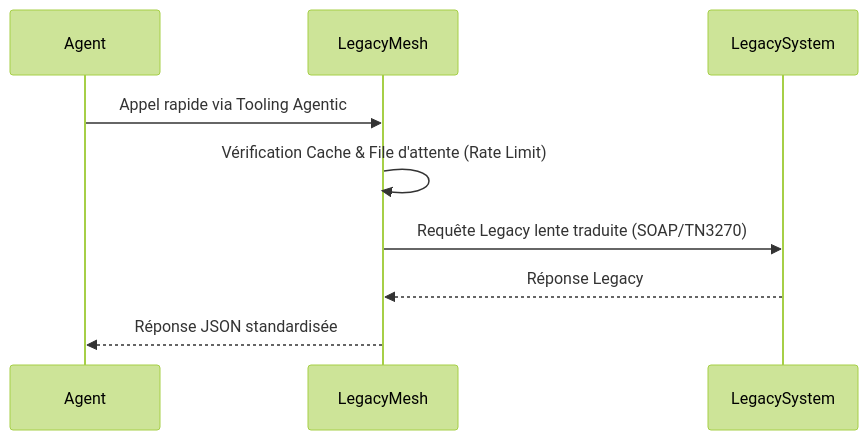
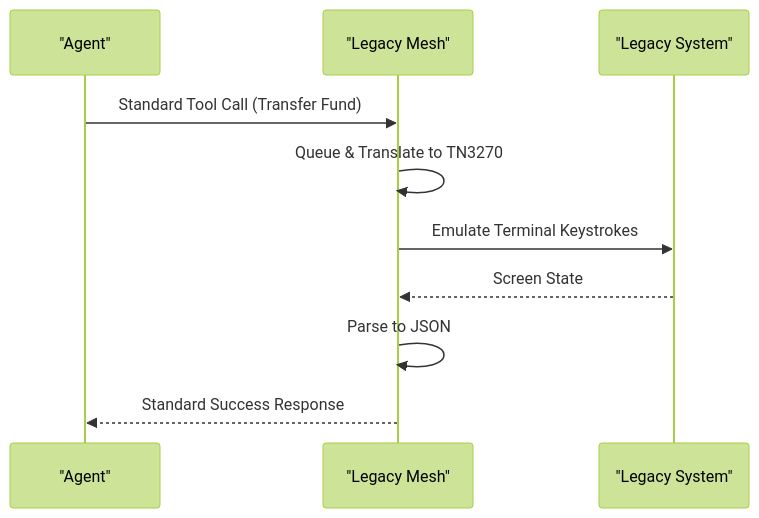
Before and after one commit to flouzzy/top-100-ai-startup-ideas: the second of 2 diagrams in ideas/legacy-mesh/README.fr.md, drawn with Mermaid (forest theme). The commit also changed other lines of this file and 41 other files, not shown here.

````diff
--- a/ideas/legacy-mesh/README.fr.md
+++ b/ideas/legacy-mesh/README.fr.md
@@ -39,11 +41,12 @@
 ```mermaid
 sequenceDiagram
-    participant Agent
-    participant LegacyMesh
-    participant LegacySystem
-    Agent->>LegacyMesh: Appel rapide via Tooling Agentic
-    LegacyMesh->>LegacyMesh: Vérification Cache & File d'attente (Rate Limit)
-    LegacyMesh->>LegacySystem: Requête Legacy lente traduite (SOAP/TN3270)
-    LegacySystem-->>LegacyMesh: Réponse Legacy
-    LegacyMesh-->>Agent: Réponse JSON standardisée
+    participant Ag as "Agent"
+    participant Mesh as "Legacy Mesh"
+    participant Leg as "Legacy System"
+    Ag->>Mesh: Standard Tool Call (Transfer Fund)
+    Mesh->>Mesh: Queue & Translate to TN3270
+    Mesh->>Leg: Emulate Terminal Keystrokes
+    Leg-->>Mesh: Screen State
+    Mesh->>Mesh: Parse to JSON
+    Mesh-->>Ag: Standard Success Response
 ```
````
